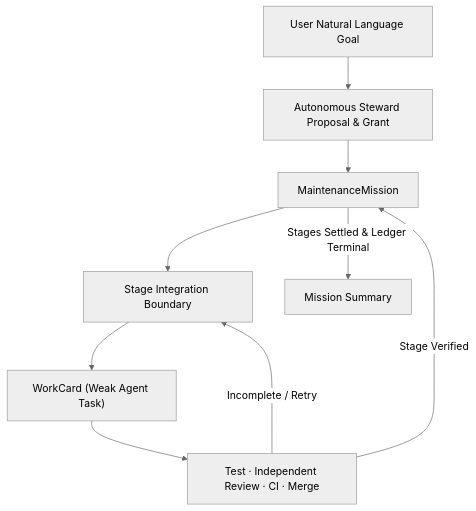
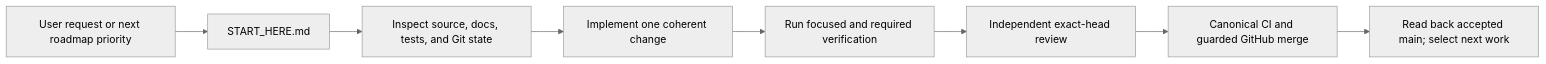
The first of 2 diagrams in docs/ARCHITECTURE.md (Igzela/token-efficient-agent-harness-lab), drawn with Mermaid (neutral theme) before and after one commit. The commit also changed other lines of this file and 65 other files, not shown here.

First line of the commit message:
maintenance: remove WorkCard control-plane mechanism (#738)

````diff
--- a/docs/ARCHITECTURE.md
+++ b/docs/ARCHITECTURE.md
@@ -270,11 +156,10 @@
 ```mermaid
-flowchart TD
-    U["User Natural Language Goal"] --> S["Autonomous Steward Proposal & Grant"]
-    S --> M["MaintenanceMission"]
-    M --> G["Stage Integration Boundary"]
-    G --> C["WorkCard (Weak Agent Task)"]
-    C --> V["Test · Independent Review · CI · Merge"]
-    V -->|Incomplete / Retry| G
-    V -->|Stage Verified| M
-    M -->|Stages Settled & Ledger Terminal| D["Mission Summary"]
+flowchart LR
+    U["User request or next roadmap priority"] --> S["START_HERE.md"]
+    S --> I["Inspect source, docs, tests, and Git state"]
+    I --> C["Implement one coherent change"]
+    C --> V["Run focused and required verification"]
+    V --> R["Independent exact-head review"]
+    R --> Q["Canonical CI and guarded GitHub merge"]
+    Q --> N["Read back accepted main; select next work"]
 ```
````
